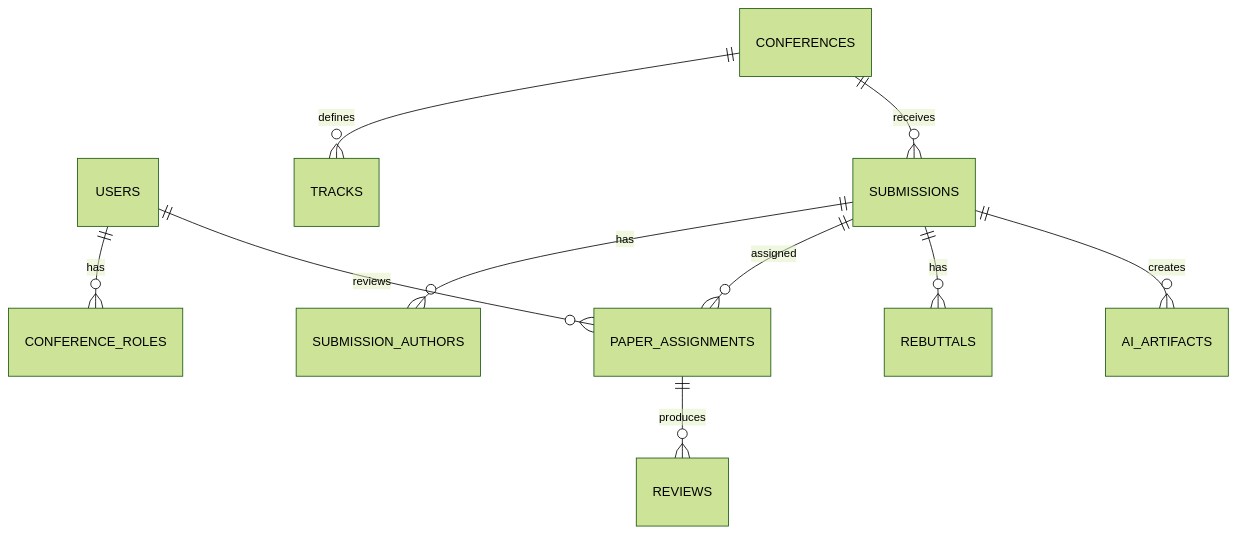
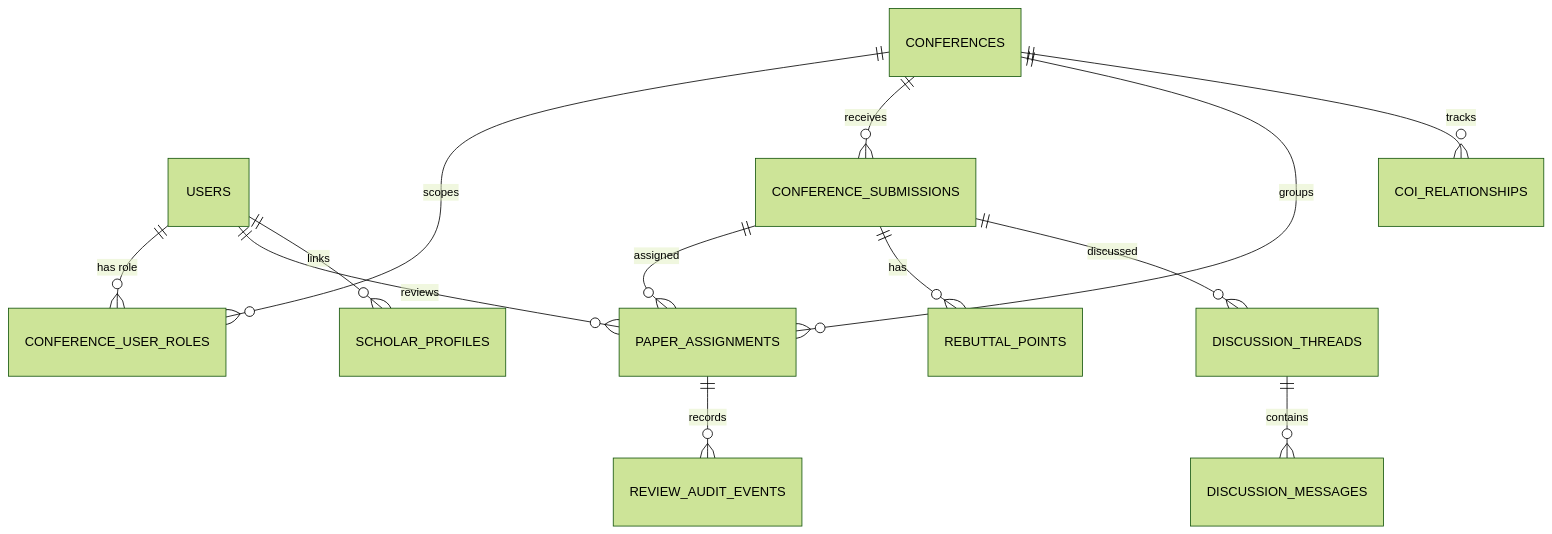
One commit to 5CLCsCan/ConferenceSpace changed the eighth of 14 diagrams in docs/report/compiled/final_combined/03-xay-dung-he-thong.md. Above: the diagram before and after it, drawn with Mermaid (forest theme). The commit also changed other lines of this file and 1 other file, not shown here.

````diff
--- a/docs/report/compiled/final_combined/03-xay-dung-he-thong.md
+++ b/docs/report/compiled/final_combined/03-xay-dung-he-thong.md
@@ -277,12 +284,15 @@
 ```mermaid
 erDiagram
-    USERS ||--o{ CONFERENCE_ROLES : has
-    CONFERENCES ||--o{ TRACKS : defines
-    CONFERENCES ||--o{ SUBMISSIONS : receives
-    SUBMISSIONS ||--o{ SUBMISSION_AUTHORS : has
-    SUBMISSIONS ||--o{ PAPER_ASSIGNMENTS : assigned
-    USERS ||--o{ PAPER_ASSIGNMENTS : reviews
-    PAPER_ASSIGNMENTS ||--o{ REVIEWS : produces
-    SUBMISSIONS ||--o{ REBUTTALS : has
-    SUBMISSIONS ||--o{ AI_ARTIFACTS : creates
+    USERS ||--o{ CONFERENCE_USER_ROLES : "has role"
+    CONFERENCES ||--o{ CONFERENCE_USER_ROLES : "scopes"
+    CONFERENCES ||--o{ CONFERENCE_SUBMISSIONS : "receives"
+    CONFERENCES ||--o{ PAPER_ASSIGNMENTS : "groups"
+    CONFERENCE_SUBMISSIONS ||--o{ PAPER_ASSIGNMENTS : "assigned"
+    USERS ||--o{ PAPER_ASSIGNMENTS : "reviews"
+    PAPER_ASSIGNMENTS ||--o{ REVIEW_AUDIT_EVENTS : "records"
+    CONFERENCE_SUBMISSIONS ||--o{ REBUTTAL_POINTS : "has"
+    CONFERENCE_SUBMISSIONS ||--o{ DISCUSSION_THREADS : "discussed"
+    DISCUSSION_THREADS ||--o{ DISCUSSION_MESSAGES : "contains"
+    CONFERENCES ||--o{ COI_RELATIONSHIPS : "tracks"
+    USERS ||--o{ SCHOLAR_PROFILES : "links"
 ```
````
